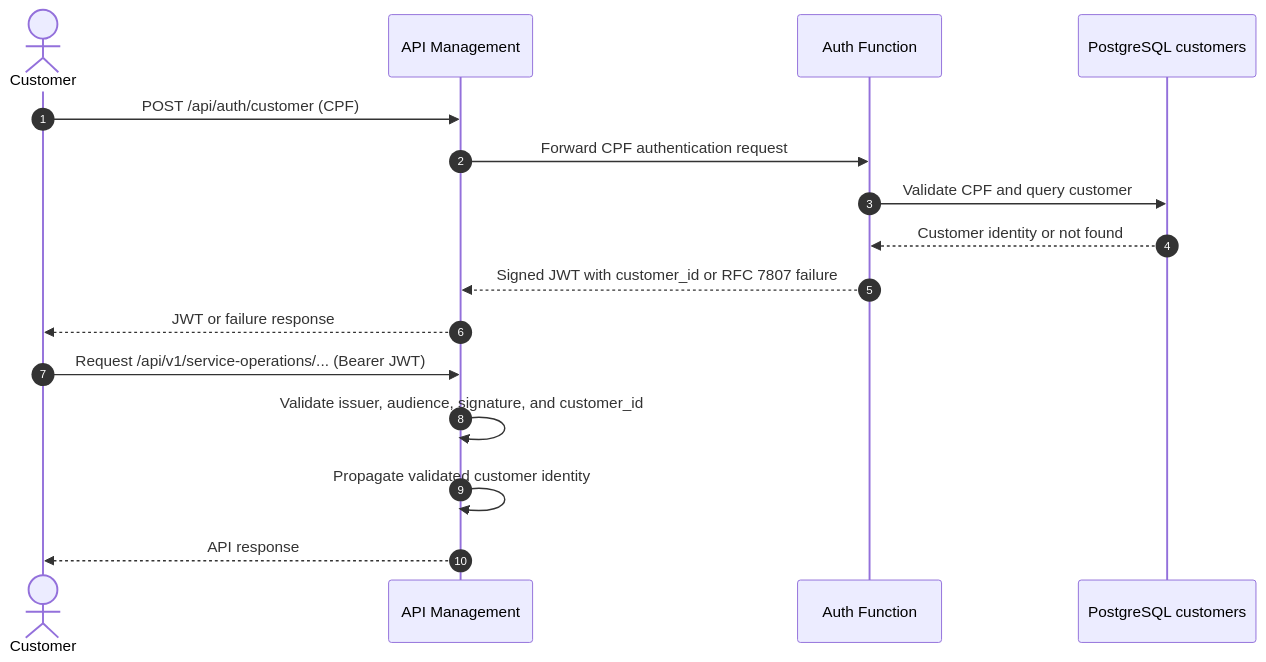
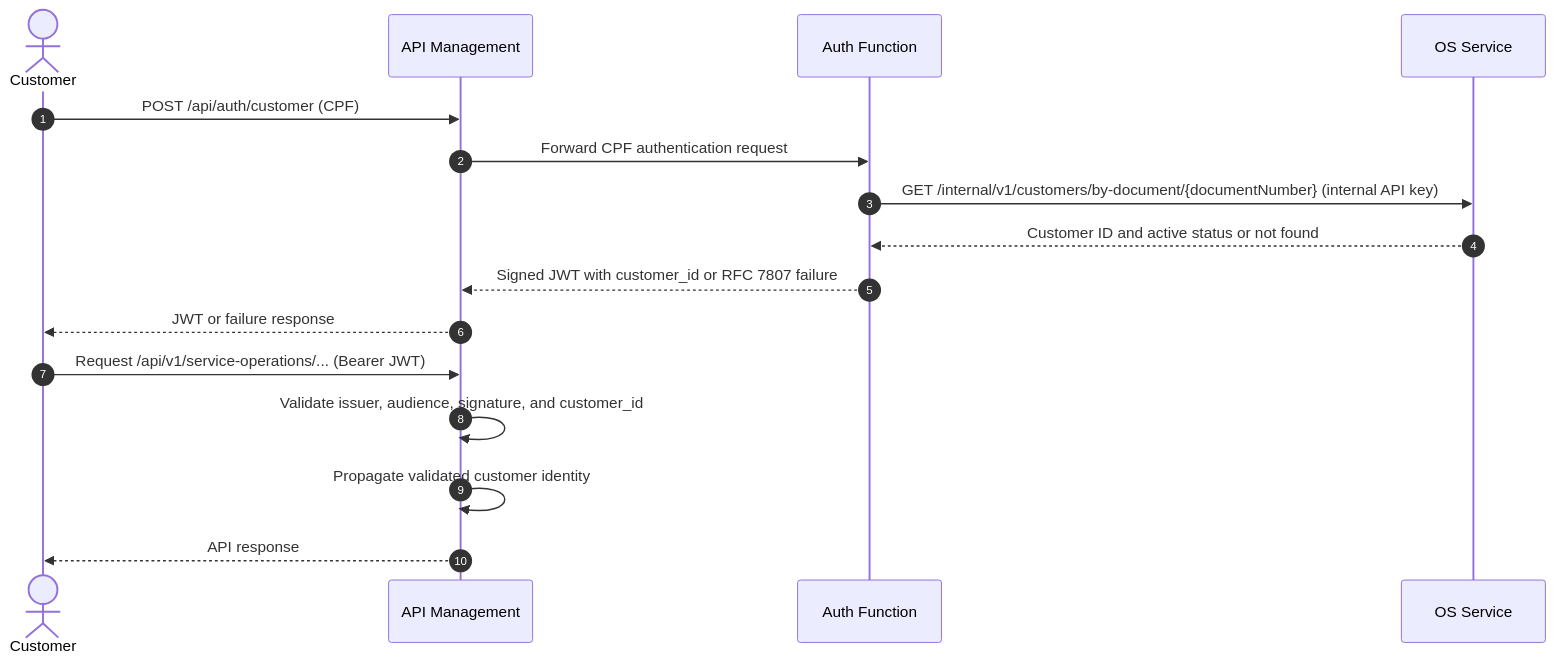
One commit to RiseOn-CatCar/catcar-app changed the first of 2 diagrams in docs/architecture/auth-sequence.md. Above: the diagram before and after it, drawn with Mermaid. The commit also changed other lines of this file and 12 other files, not shown here.

First line of the commit message:
feat: add internal customer authentication lookup

````diff
--- a/docs/architecture/auth-sequence.md
+++ b/docs/architecture/auth-sequence.md
@@ -5,19 +5,19 @@
 ```mermaid
 sequenceDiagram
     autonumber
     actor Customer as Customer
     participant APIM as API Management
     participant Auth as Auth Function
-    participant DB as PostgreSQL customers
+    participant OS as OS Service
 
     Customer->>APIM: POST /api/auth/customer (CPF)
     APIM->>Auth: Forward CPF authentication request
-    Auth->>DB: Validate CPF and query customer
-    DB-->>Auth: Customer identity or not found
+    Auth->>OS: GET /internal/v1/customers/by-document/{documentNumber} (internal API key)
+    OS-->>Auth: Customer ID and active status or not found
     Auth-->>APIM: Signed JWT with customer_id or RFC 7807 failure
     APIM-->>Customer: JWT or failure response
     Customer->>APIM: Request /api/v1/service-operations/... (Bearer JWT)
     APIM->>APIM: Validate issuer, audience, signature, and customer_id
     APIM->>APIM: Propagate validated customer identity
     APIM-->>Customer: API response
 ```
````
